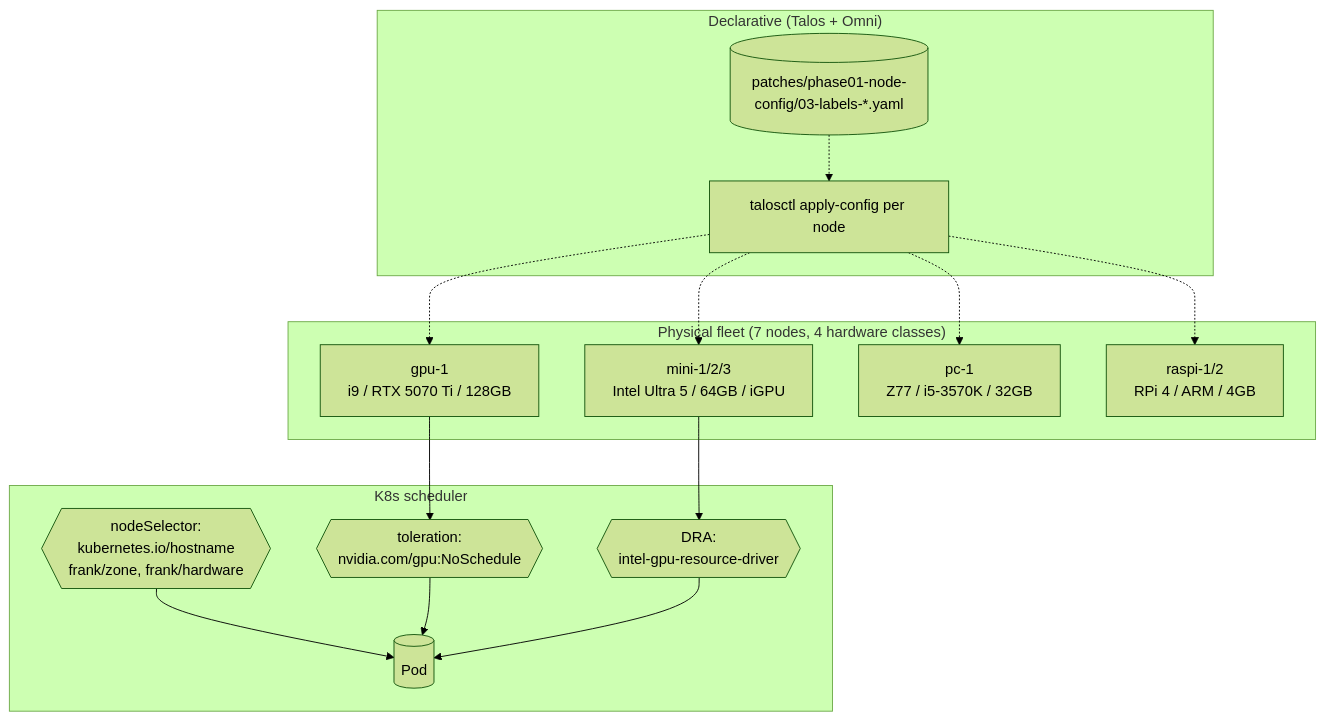
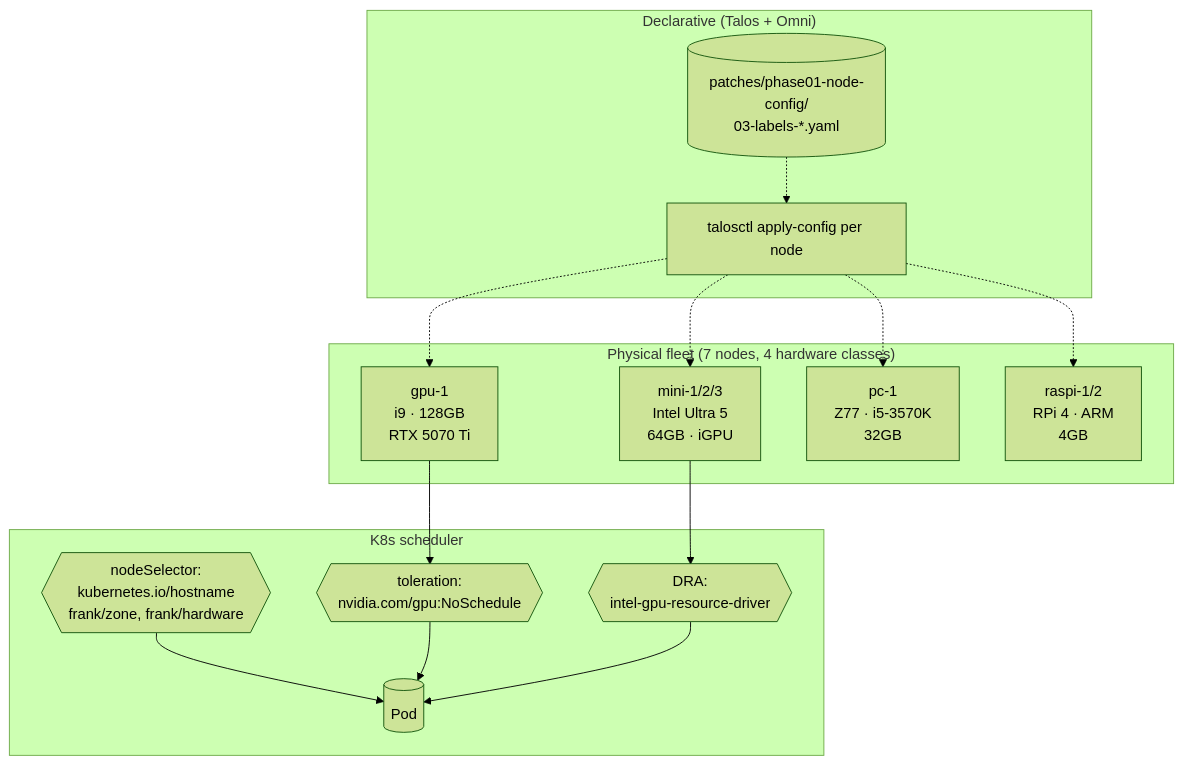
One commit to derio-net/frank changed the fourth of 7 diagrams in blog/content/docs/papers/01-heterogeneous-hardware/index.md. Above: the diagram before and after it, drawn with Mermaid (forest theme). The commit also changed other lines of this file and 42 other files, not shown here.

First line of the commit message:
chore(repo): blog-craft v0.19.0 — mermaid natural-size rendering + all 35 diagrams under the width gate (#735)

````diff
--- a/blog/content/docs/papers/01-heterogeneous-hardware/index.md
+++ b/blog/content/docs/papers/01-heterogeneous-hardware/index.md
@@ -285,29 +286,29 @@
 ```mermaid
 flowchart TD
     subgraph DECL["Declarative (Talos + Omni)"]
-        P1[("patches/phase01-node-config/03-labels-*.yaml")]
+        P1[("patches/phase01-node-config/<br/>03-labels-*.yaml")]
         A["talosctl apply-config per node"]
     end
     subgraph NODES["Physical fleet (7 nodes, 4 hardware classes)"]
-        M1["mini-1/2/3<br/>Intel Ultra 5 / 64GB / iGPU"]
-        G1["gpu-1<br/>i9 / RTX 5070 Ti / 128GB"]
-        PC1["pc-1<br/>Z77 / i5-3570K / 32GB"]
-        R12["raspi-1/2<br/>RPi 4 / ARM / 4GB"]
+        M1["mini-1/2/3<br/>Intel Ultra 5<br/>64GB · iGPU"]
+        G1["gpu-1<br/>i9 · 128GB<br/>RTX 5070 Ti"]
+        PC1["pc-1<br/>Z77 · i5-3570K<br/>32GB"]
+        R12["raspi-1/2<br/>RPi 4 · ARM<br/>4GB"]
     end
     subgraph SCHED["K8s scheduler"]
         NS{{"nodeSelector:<br/>kubernetes.io/hostname<br/>frank/zone, frank/hardware"}}
         TOL{{"toleration:<br/>nvidia.com/gpu:NoSchedule"}}
         DRA{{"DRA:<br/>intel-gpu-resource-driver"}}
         POD[("Pod")]
     end
     P1 -.-> A
     A -.-> M1
     A -.-> G1
     A -.-> PC1
     A -.-> R12
     M1 --> DRA
     G1 --> TOL
     NS --> POD
     TOL --> POD
     DRA --> POD
 ```
````
